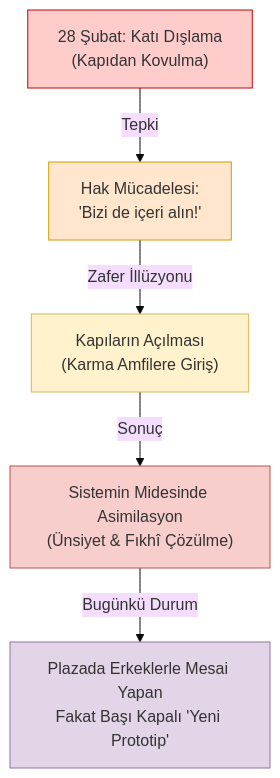
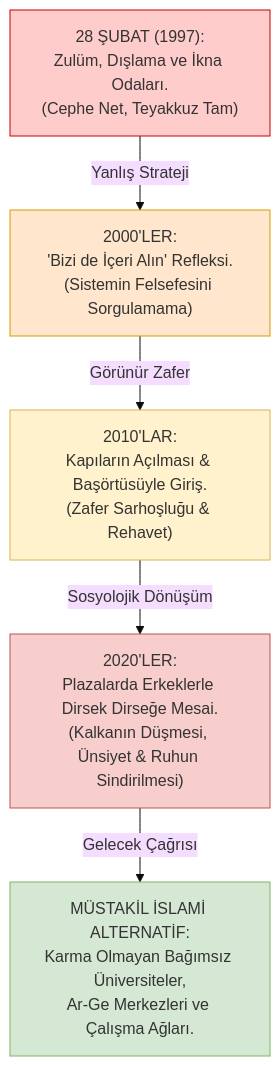
One commit to dijital-seyyah/ihtilat-Sosyolojisi changed the diagram in docs/06_28_subat_ve_asimile_olma_yanilgisi.md. Above: the diagram before and after it, drawn with Mermaid (base theme). The commit also changed other lines of this file and 16 other files, not shown here.

````diff
--- a/docs/06_28_subat_ve_asimile_olma_yanilgisi.md
+++ b/docs/06_28_subat_ve_asimile_olma_yanilgisi.md
@@ -58,13 +75,13 @@
 ```mermaid
 flowchart TD
-    A["28 Şubat: Katı Dışlama<br/>(Kapıdan Kovulma)"] -->|Tepki| B["Hak Mücadelesi:<br/>'Bizi de içeri alın!'"]
-    B -->|Zafer İllüzyonu| C["Kapıların Açılması<br/>(Karma Amfilere Giriş)"]
-    C -->|Sonuç| D["Sistemin Midesinde Asimilasyon<br/>(Ünsiyet & Fıkhî Çözülme)"]
-    D -->|Bugünkü Durum| E["Plazada Erkeklerle Mesai Yapan<br/>Fakat Başı Kapalı 'Yeni Prototip'"]
-    
-    style A fill:#ffcccc,stroke:#cc0000
-    style B fill:#ffe6cc,stroke:#d79b00
-    style C fill:#fff2cc,stroke:#d6b656
-    style D fill:#f8cecc,stroke:#b85450
-    style E fill:#e1d5e7,stroke:#9673a6
+    Dönem1["28 ŞUBAT (1997):<br/>Zulüm, Dışlama ve İkna Odaları.<br/>(Cephe Net, Teyakkuz Tam)"] -->|Yanlış Strateji| Dönem2["2000'LER:<br/>'Bizi de İçeri Alın' Refleksi.<br/>(Sistemin Felsefesini Sorgulamama)"]
+    Dönem2 -->|Görünür Zafer| Dönem3["2010'LAR:<br/>Kapıların Açılması & Başörtüsüyle Giriş.<br/>(Zafer Sarhoşluğu & Rehavet)"]
+    Dönem3 -->|Sosyolojik Dönüşüm| Dönem4["2020'LER:<br/>Plazalarda Erkeklerle Dirsek Dirseğe Mesai.<br/>(Kalkanın Düşmesi, Ünsiyet & Ruhun Sindirilmesi)"]
+    Dönem4 -->|Gelecek Çağrısı| Çıkış["MÜSTAKİL İSLAMİ ALTERNATİF:<br/>Karma Olmayan Bağımsız Üniversiteler,<br/>Ar-Ge Merkezleri ve Çalışma Ağları."]
+
+    style Dönem1 fill:#ffcccc,stroke:#cc0000
+    style Dönem2 fill:#ffe6cc,stroke:#d79b00
+    style Dönem3 fill:#fff2cc,stroke:#d6b656
+    style Dönem4 fill:#f8cecc,stroke:#b85450
+    style Çıkış fill:#d5e8d4,stroke:#82b366
 ```
````
